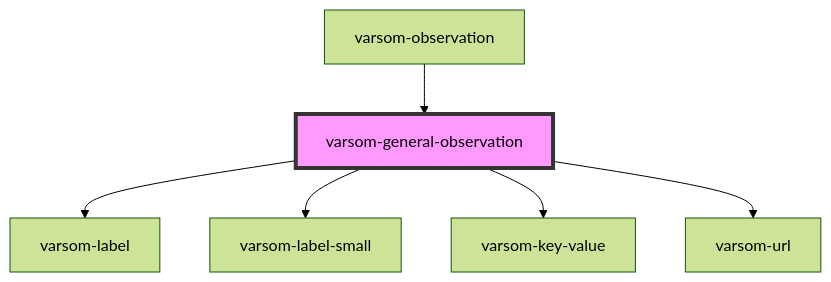
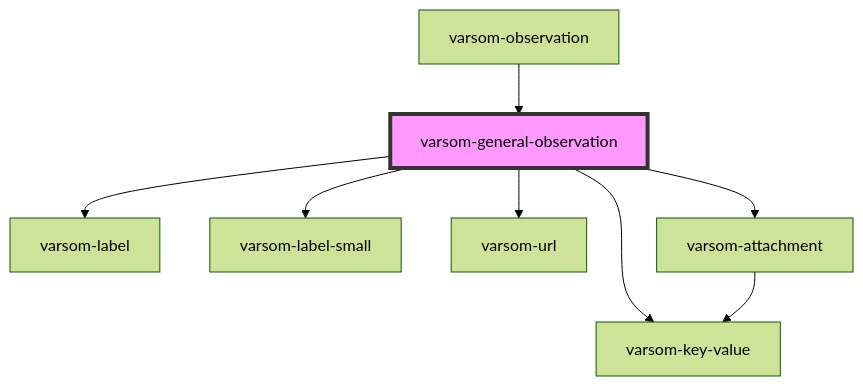
Before and after one commit to NVE/varsom-observation: the diagram in observasjonskort/src/components/varsom-general-observation/readme.md, drawn with Mermaid (forest theme). The commit also changed other lines of this file and 17 other files, not shown here.

````diff
--- a/observasjonskort/src/components/varsom-general-observation/readme.md
+++ b/observasjonskort/src/components/varsom-general-observation/readme.md
@@ -36,9 +37,11 @@
 ```mermaid
 graph TD;
   varsom-general-observation --> varsom-label
   varsom-general-observation --> varsom-label-small
   varsom-general-observation --> varsom-key-value
   varsom-general-observation --> varsom-url
+  varsom-general-observation --> varsom-attachment
+  varsom-attachment --> varsom-key-value
   varsom-observation --> varsom-general-observation
   style varsom-general-observation fill:#f9f,stroke:#333,stroke-width:4px
 ```
````
